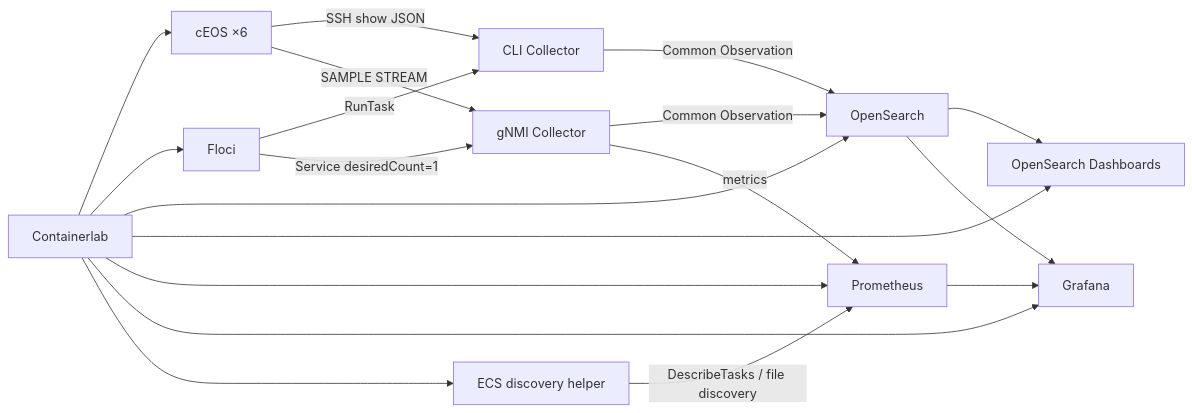
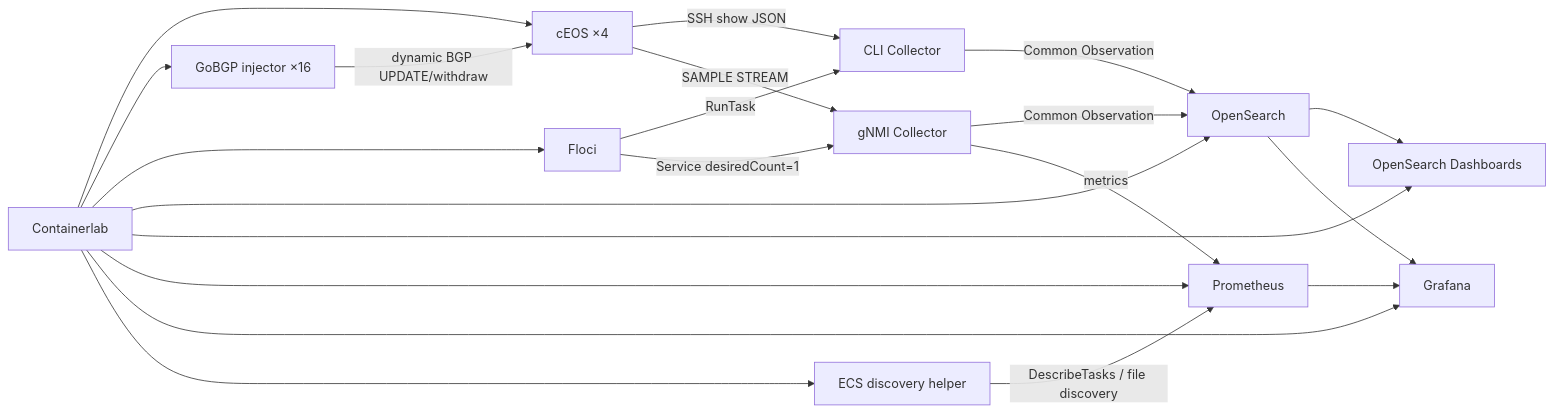
One commit to tnoha/clab-observability-poc changed the second of 2 diagrams in README.md. Above: the diagram before and after it, drawn with Mermaid. The commit also changed other lines of this file and 19 other files, not shown here.

Commit message:
Add dynamic GoBGP external injectors and observability validation

````diff
--- a/README.md
+++ b/README.md
@@ -18,21 +18,23 @@
 ```mermaid
 flowchart LR
-  CL[Containerlab] --> NOS[cEOS ×6]
+  CL[Containerlab] --> NOS[cEOS ×4]
+  CL --> EXT[GoBGP injector ×16]
   CL --> F[Floci]
   CL --> OS[OpenSearch]
   CL --> OSD[OpenSearch Dashboards]
   CL --> P[Prometheus]
   CL --> G[Grafana]
   CL --> D[ECS discovery helper]
   F -->|RunTask| CLI[CLI Collector]
   F -->|Service desiredCount=1| GNMI[gNMI Collector]
+  EXT -->|dynamic BGP UPDATE/withdraw| NOS
   NOS -->|SSH show JSON| CLI
   NOS -->|SAMPLE STREAM| GNMI
   CLI -->|Common Observation| OS
   GNMI -->|Common Observation| OS
   GNMI -->|metrics| P
   D -->|DescribeTasks / file discovery| P
   OS --> OSD
   OS --> G
   P --> G
 ```
````
